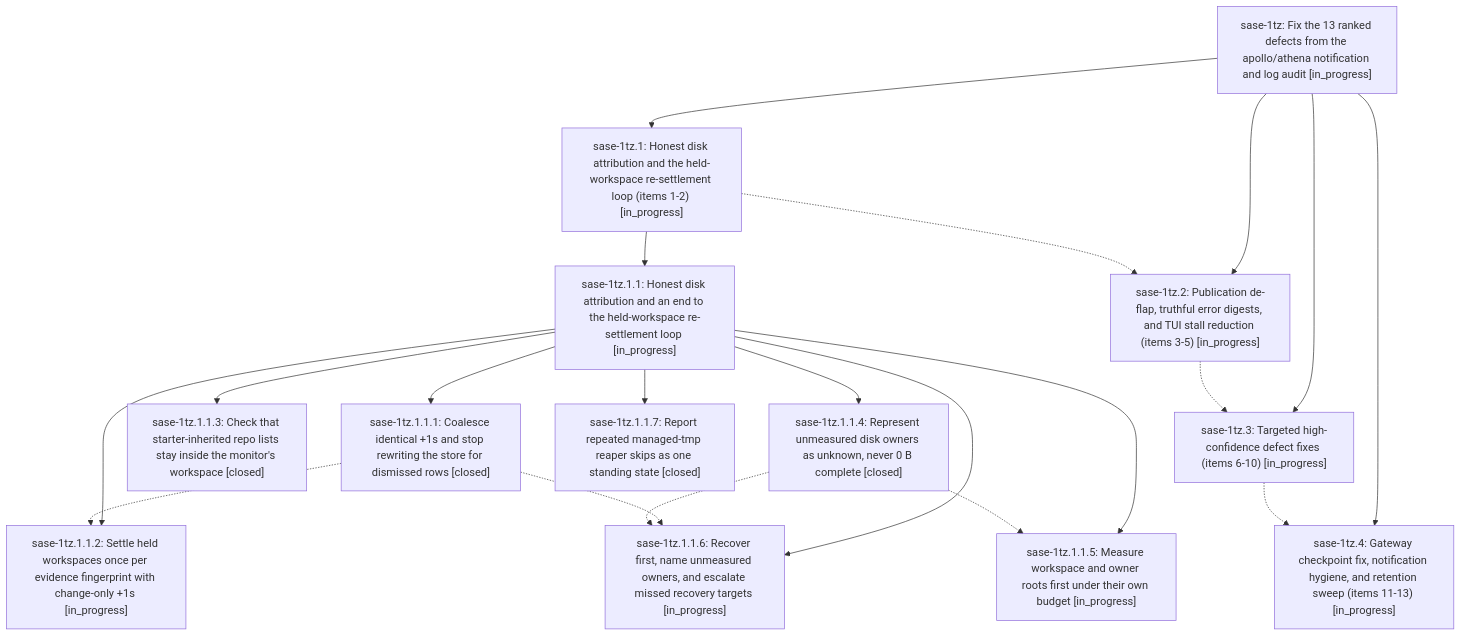
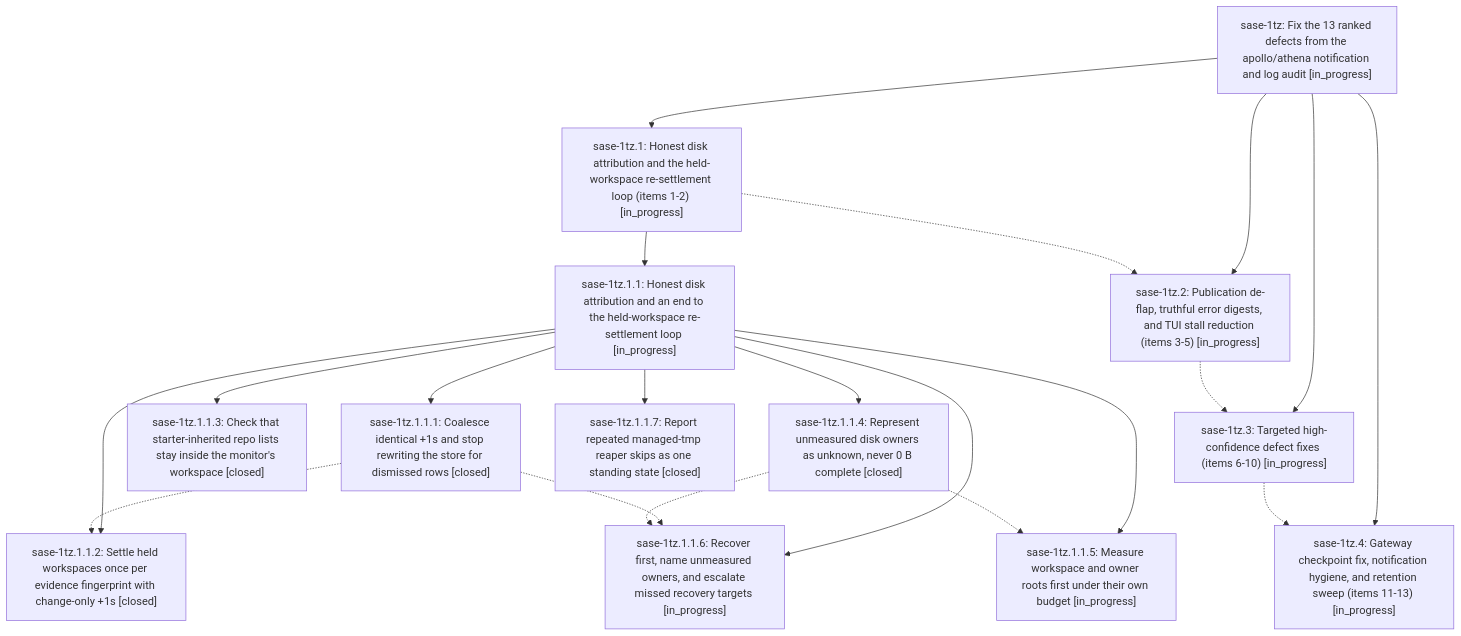
The diagram in pages/sase-1tz/README.md (sase-org/sase--beads), drawn with Mermaid before and after one commit. The commit also changed other lines of this file and 7 other files, not shown here.

````diff
--- a/pages/sase-1tz/README.md
+++ b/pages/sase-1tz/README.md
@@ -39,35 +39,35 @@
 ```mermaid
 flowchart TD
     n0["sase-1tz: Fix the 13 ranked defects from the apollo/athena notification and log audit [in_progress]"]
     n1["sase-1tz.1: Honest disk attribution and the held-workspace re-settlement loop (items 1-2) [in_progress]"]
     n2["sase-1tz.1.1: Honest disk attribution and an end to the held-workspace re-settlement loop [in_progress]"]
     n3["sase-1tz.1.1.1: Coalesce identical +1s and stop rewriting the store for dismissed rows [closed]"]
-    n4["sase-1tz.1.1.2: Settle held workspaces once per evidence fingerprint with change-only +1s [in_progress]"]
+    n4["sase-1tz.1.1.2: Settle held workspaces once per evidence fingerprint with change-only +1s [closed]"]
     n5["sase-1tz.1.1.3: Check that starter-inherited repo lists stay inside the monitor's workspace [closed]"]
     n6["sase-1tz.1.1.4: Represent unmeasured disk owners as unknown, never 0 B complete [closed]"]
     n7["sase-1tz.1.1.5: Measure workspace and owner roots first under their own budget [in_progress]"]
     n8["sase-1tz.1.1.6: Recover first, name unmeasured owners, and escalate missed recovery targets [in_progress]"]
     n9["sase-1tz.1.1.7: Report repeated managed-tmp reaper skips as one standing state [closed]"]
     n10["sase-1tz.2: Publication de-flap, truthful error digests, and TUI stall reduction (items 3-5) [in_progress]"]
     n11["sase-1tz.3: Targeted high-confidence defect fixes (items 6-10) [in_progress]"]
     n12["sase-1tz.4: Gateway checkpoint fix, notification hygiene, and retention sweep (items 11-13) [in_progress]"]
     n0 --> n1
     n1 --> n2
     n2 --> n3
     n2 --> n4
     n2 --> n5
     n2 --> n6
     n2 --> n7
     n2 --> n8
     n2 --> n9
     n0 --> n10
     n0 --> n11
     n0 --> n12
     n1 -.-> n10
     n3 -.-> n4
     n3 -.-> n8
     n6 -.-> n7
     n6 -.-> n8
     n10 -.-> n11
     n11 -.-> n12
 ```
````
